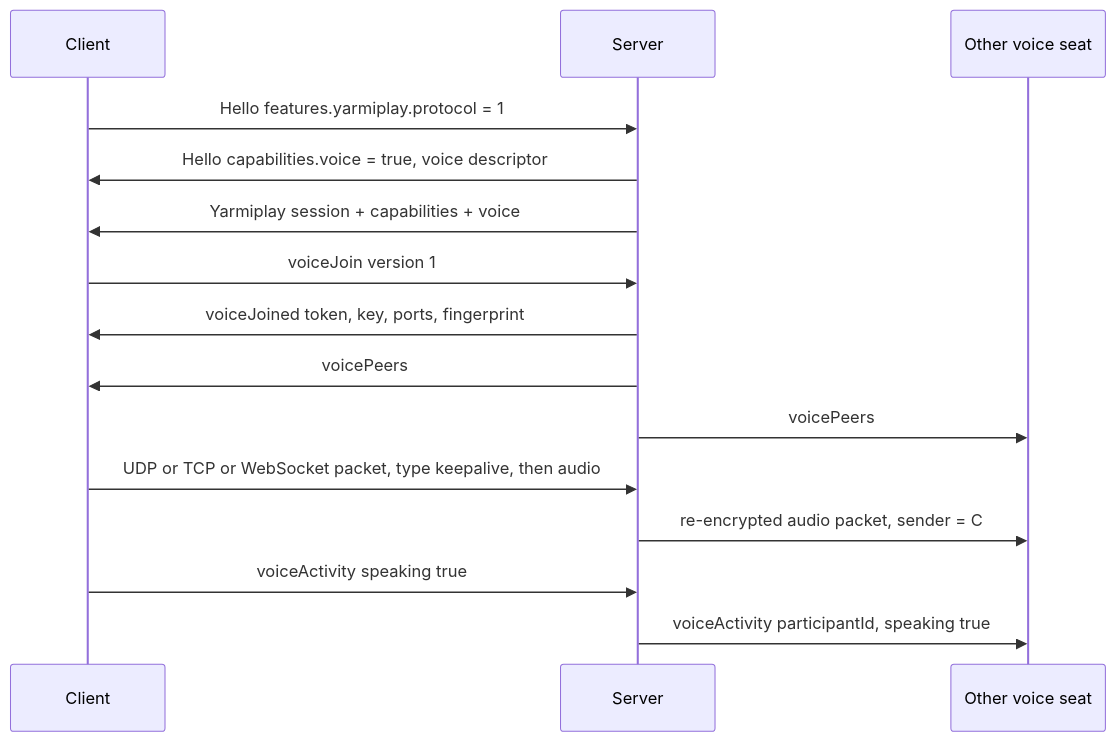
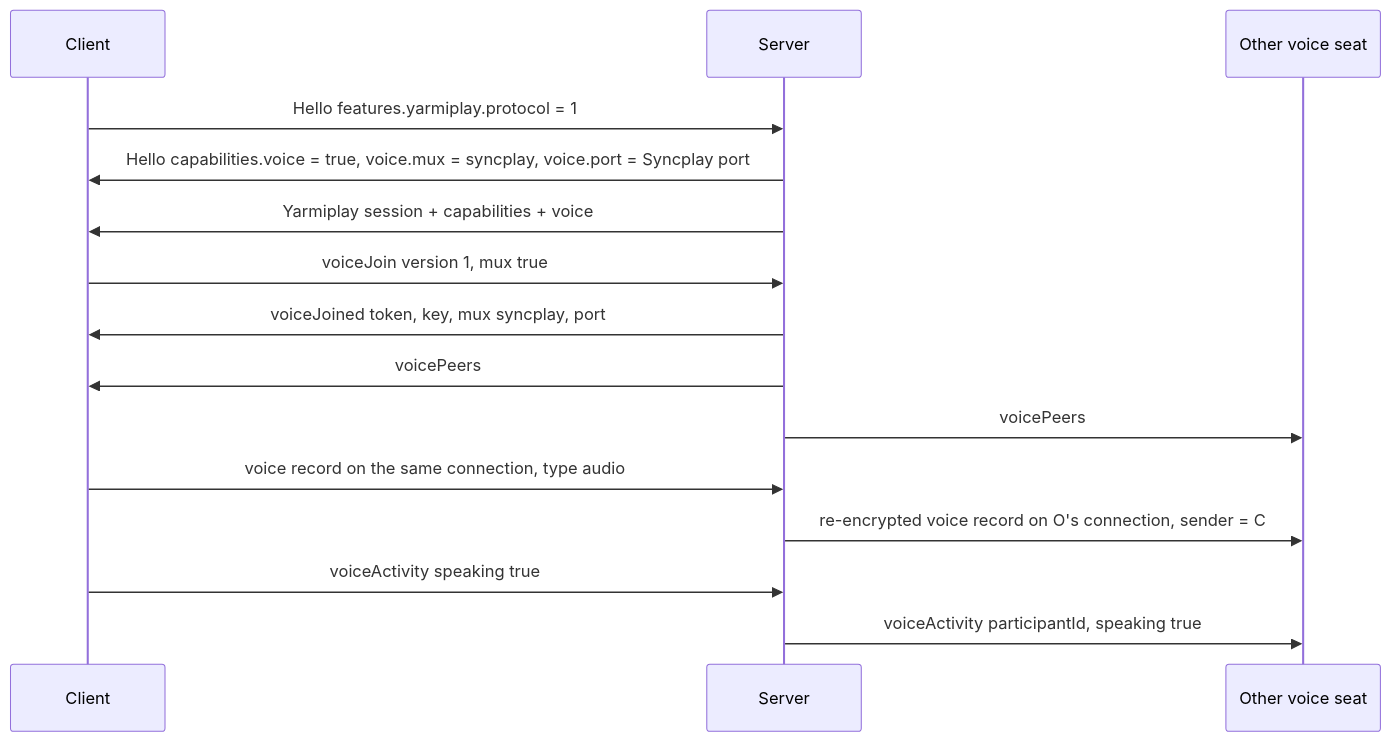
Before and after one commit to Yarmiplay/YarmiplayServerTV: the diagram in docs/VOICE_PROTOCOL.md, drawn with Mermaid. The commit also changed other lines of this file and 21 other files, not shown here.

First line of the commit message:
Relay voice on the Syncplay port (2.1.0).

````diff
--- a/docs/VOICE_PROTOCOL.md
+++ b/docs/VOICE_PROTOCOL.md
@@ -302,17 +362,17 @@
 ```mermaid
 sequenceDiagram
   participant C as Client
   participant S as Server
   participant O as Other voice seat
   C->>S: Hello features.yarmiplay.protocol = 1
-  S->>C: Hello capabilities.voice = true, voice descriptor
+  S->>C: Hello capabilities.voice = true, voice.mux = syncplay, voice.port = Syncplay port
   S->>C: Yarmiplay session + capabilities + voice
-  C->>S: voiceJoin version 1
-  S->>C: voiceJoined token, key, ports, fingerprint
+  C->>S: voiceJoin version 1, mux true
+  S->>C: voiceJoined token, key, mux syncplay, port
   S->>C: voicePeers
   S->>O: voicePeers
-  C->>S: UDP or TCP or WebSocket packet, type keepalive, then audio
-  S->>O: re-encrypted audio packet, sender = C
+  C->>S: voice record on the same connection, type audio
+  S->>O: re-encrypted voice record on O's connection, sender = C
   C->>S: voiceActivity speaking true
   S->>O: voiceActivity participantId, speaking true
 ```
````
